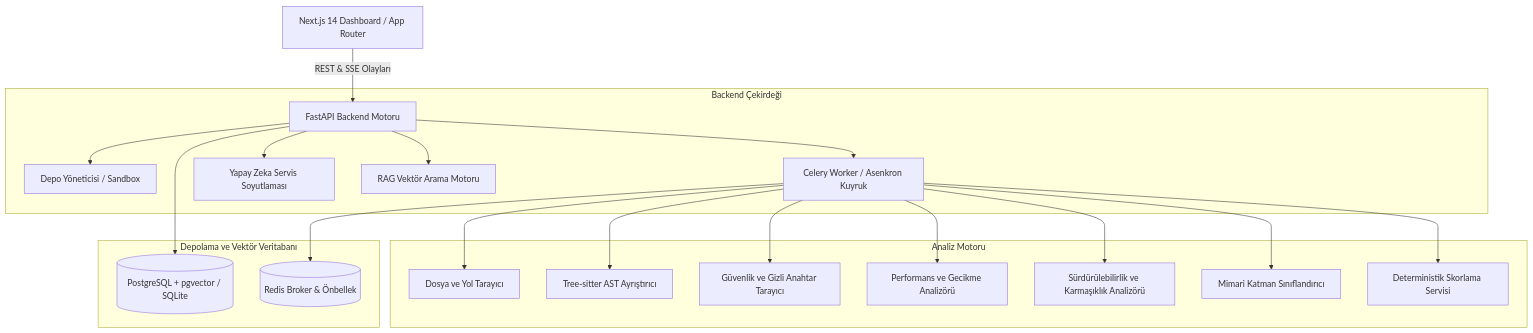
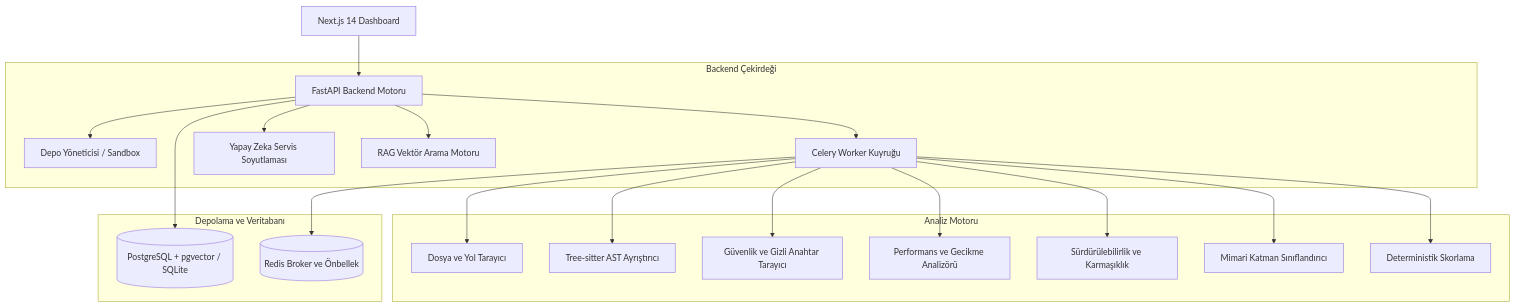
Before and after one commit to Berkan0535/-CodeXray: the first of 4 diagrams in README.md, drawn with Mermaid. The commit also changed other lines of this file, not shown here.

Commit message:
fix(docs): format Mermaid subgraphs with standard alphanumeric identifiers

````diff
--- a/README.md
+++ b/README.md
@@ -37,26 +37,26 @@
 ```mermaid
-graph TD
-    Client["Next.js 14 Dashboard / App Router"] -->|"REST & SSE Olayları"| API["FastAPI Backend Motoru"]
+flowchart TB
+    Client["Next.js 14 Dashboard"] --> API["FastAPI Backend Motoru"]
     
-    subgraph "Backend Çekirdeği"
+    subgraph BackendCore ["Backend Çekirdeği"]
         API --> RepoMgr["Depo Yöneticisi / Sandbox"]
-        API --> TaskQueue["Celery Worker / Asenkron Kuyruk"]
+        API --> TaskQueue["Celery Worker Kuyruğu"]
         API --> AIService["Yapay Zeka Servis Soyutlaması"]
         API --> RAG["RAG Vektör Arama Motoru"]
     end
 
-    subgraph "Analiz Motoru"
+    subgraph AnalysisEngine ["Analiz Motoru"]
         TaskQueue --> Scanner["Dosya ve Yol Tarayıcı"]
         TaskQueue --> AST["Tree-sitter AST Ayrıştırıcı"]
         TaskQueue --> Security["Güvenlik ve Gizli Anahtar Tarayıcı"]
         TaskQueue --> Perf["Performans ve Gecikme Analizörü"]
-        TaskQueue --> Quality["Sürdürülebilirlik ve Karmaşıklık Analizörü"]
+        TaskQueue --> Quality["Sürdürülebilirlik ve Karmaşıklık"]
         TaskQueue --> Arch["Mimari Katman Sınıflandırıcı"]
-        TaskQueue --> Scoring["Deterministik Skorlama Servisi"]
+        TaskQueue --> Scoring["Deterministik Skorlama"]
     end
 
-    subgraph "Depolama ve Vektör Veritabanı"
+    subgraph StorageDB ["Depolama ve Veritabanı"]
         API --> DB[("PostgreSQL + pgvector / SQLite")]
-        TaskQueue --> Redis[("Redis Broker & Önbellek")]
+        TaskQueue --> Redis[("Redis Broker ve Önbellek")]
     end
 ```
````
